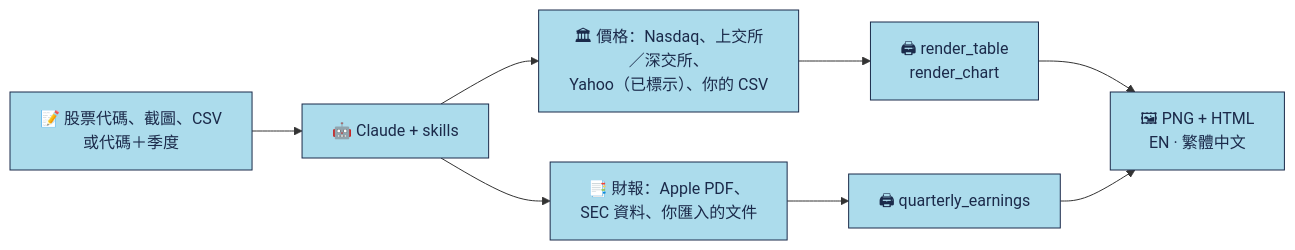
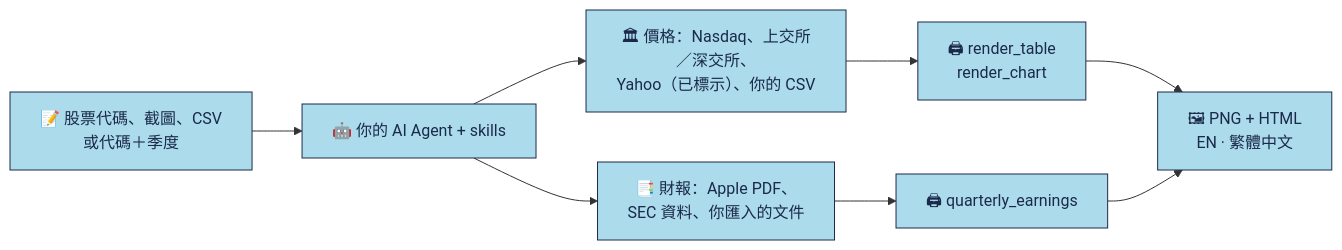
One commit to imoneys10k/schwab-table changed the diagram in README.zh-Hant.md. Above: the diagram before and after it, drawn with Mermaid. The commit also changed other lines of this file and 11 other files, not shown here.

First line of the commit message:
Docs: present the skills as agent-agnostic, not Claude-only

````diff
--- a/README.zh-Hant.md
+++ b/README.zh-Hant.md
@@ -39,12 +39,12 @@
 ```mermaid
 flowchart LR
-  A["📝 股票代碼、截圖、CSV<br/>或代碼＋季度"] --> B["🤖 Claude + skills"]
+  A["📝 股票代碼、截圖、CSV<br/>或代碼＋季度"] --> B["🤖 你的 AI Agent + skills"]
   B --> C["🏛 價格：Nasdaq、上交所／深交所、<br/>Yahoo（已標示）、你的 CSV"]
   B --> F["📑 財報：Apple PDF、<br/>SEC 資料、你匯入的文件"]
   C --> D["🖨 render_table<br/>render_chart"]
   F --> G["🖨 quarterly_earnings"]
   D --> E["🖼 PNG + HTML<br/>EN · 繁體中文"]
   G --> E
   classDef n fill:#ACDCEC,stroke:#1B2A4A,color:#1B2A4A,stroke-width:1px;
   class A,B,C,D,E,F,G n;
 ```
````
